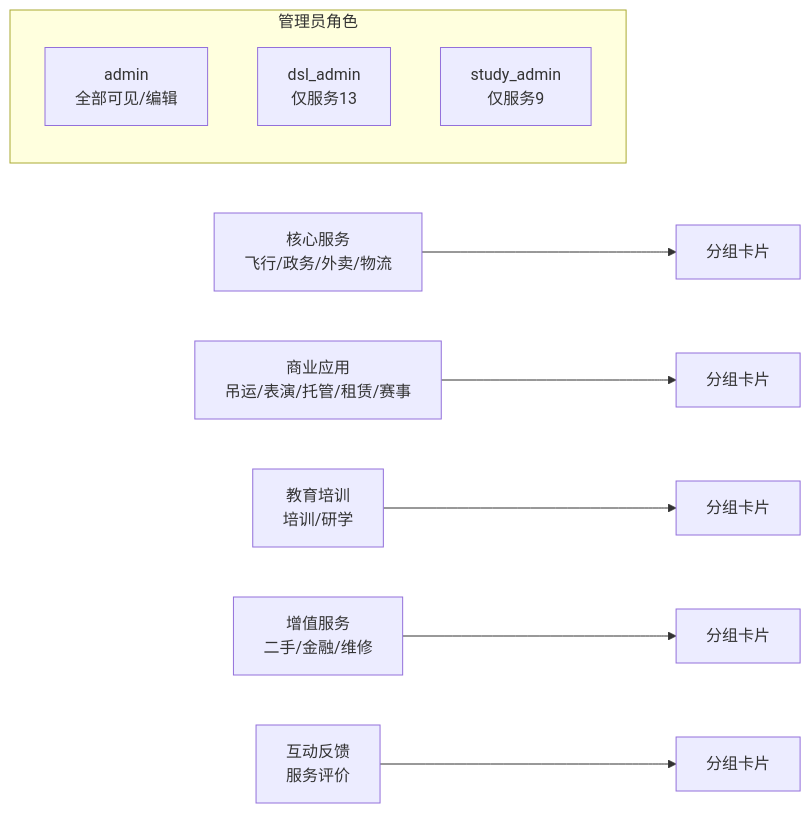
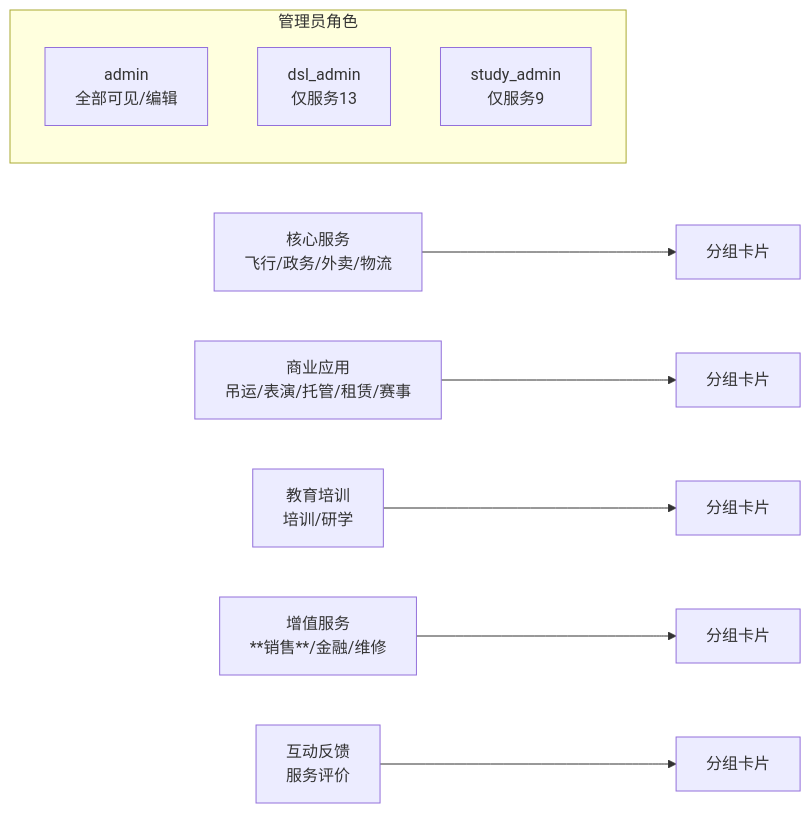
The sixth of 9 diagrams in .qoder/repowiki/zh/content/业务功能模块/服务管理系统.md (Giraffe-Han/microAPP), drawn with Mermaid before and after one commit. The commit also changed other lines of this file and 10 other files, not shown here.

````diff
--- a/.qoder/repowiki/zh/content/业务功能模块/服务管理系统.md
+++ b/.qoder/repowiki/zh/content/业务功能模块/服务管理系统.md
@@ -251,13 +264,13 @@
 ```mermaid
 graph LR
 A["核心服务<br/>飞行/政务/外卖/物流"] --> G1["分组卡片"]
 B["商业应用<br/>吊运/表演/托管/租赁/赛事"] --> G2["分组卡片"]
 C["教育培训<br/>培训/研学"] --> G3["分组卡片"]
-D["增值服务<br/>二手/金融/维修"] --> G4["分组卡片"]
+D["增值服务<br/>**销售**/金融/维修"] --> G4["分组卡片"]
 E["互动反馈<br/>服务评价"] --> G5["分组卡片"]
 subgraph "管理员角色"
 R1["admin<br/>全部可见/编辑"]
 R2["dsl_admin<br/>仅服务13"]
 R3["study_admin<br/>仅服务9"]
 end
 ```
````
